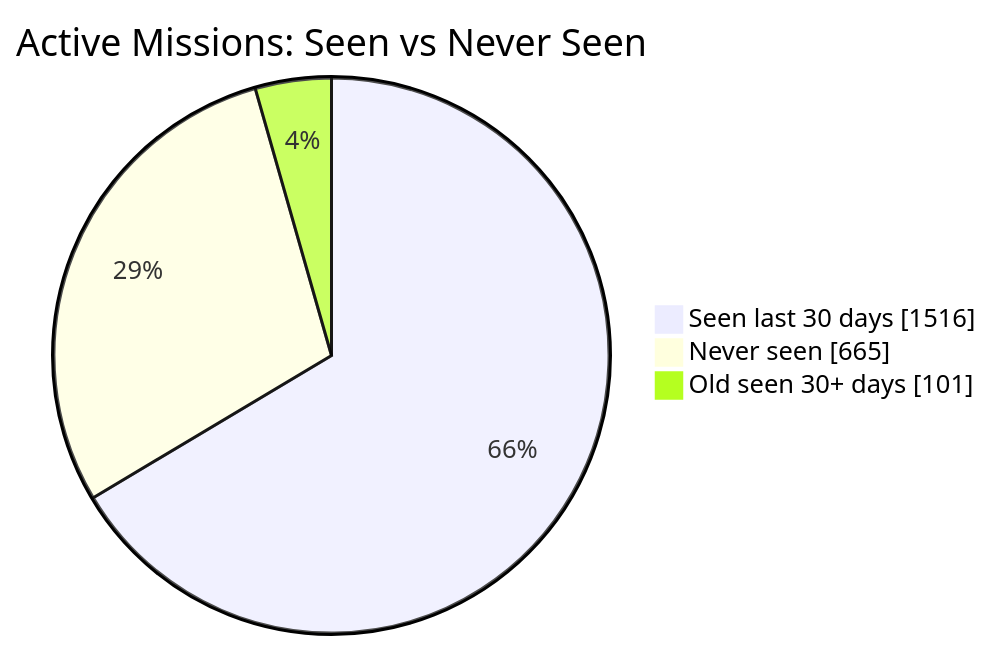
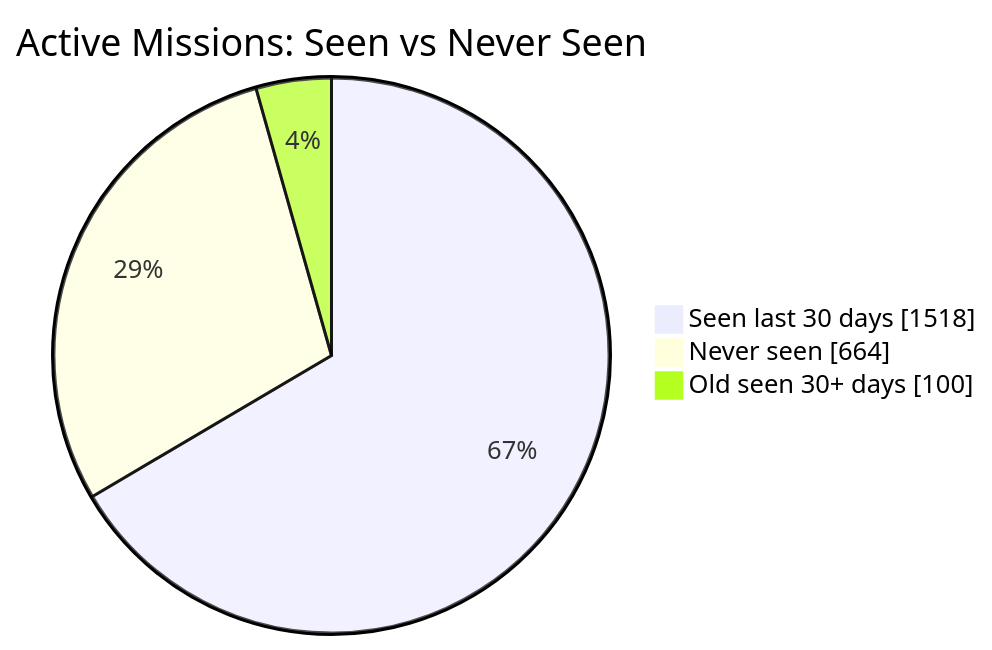
The first of 2 diagrams in README.md (MeldkamerspelGameTeam/active-missions), drawn with Mermaid before and after one commit. The commit also changed other lines of this file and 3 other files, not shown here.

````diff
--- a/README.md
+++ b/README.md
@@ -34,7 +34,7 @@
 ```mermaid
 pie showData
     title Active Missions: Seen vs Never Seen
-    "Seen last 30 days" : 1516
-    "Never seen" : 665
-    "Old seen 30+ days" : 101
+    "Seen last 30 days" : 1518
+    "Never seen" : 664
+    "Old seen 30+ days" : 100
 ```
````
